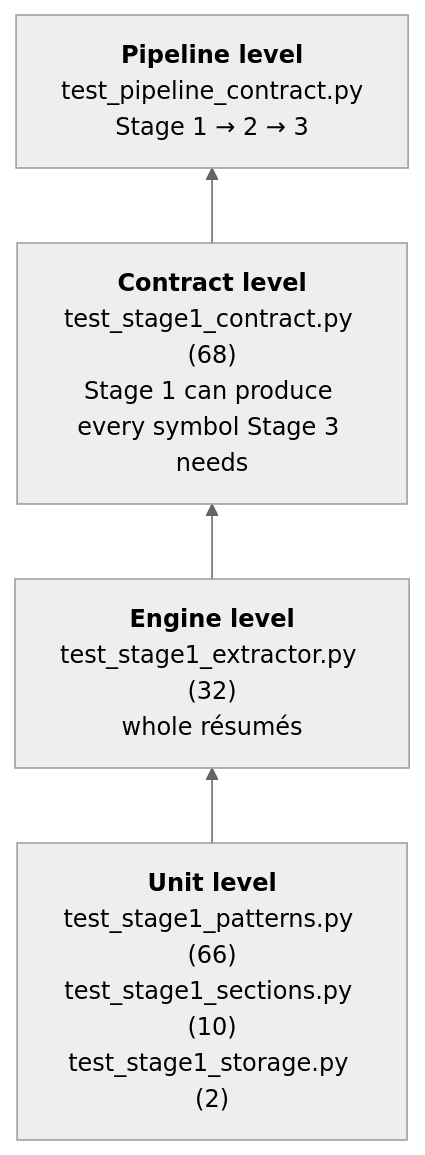
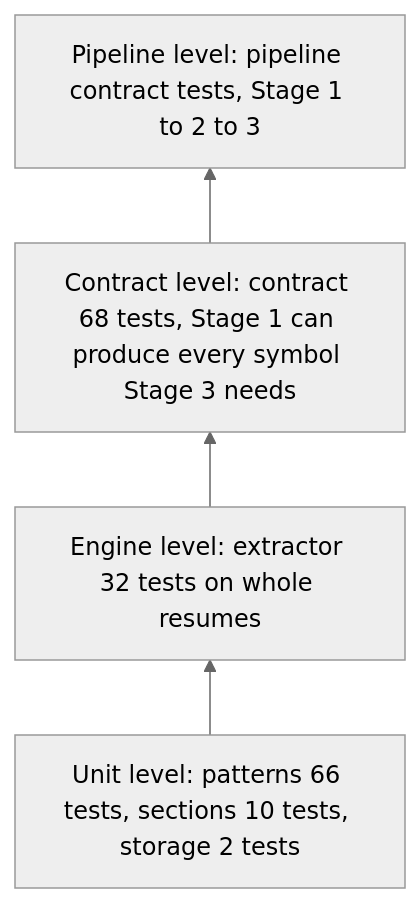
One commit to JuanJoe-18/DiscreteIII-Integrative-Task-VictorTeam changed diagram 39 of 39 in docs/stage1_regex.md. Above: the diagram before and after it, drawn with Mermaid (neutral theme). The commit also changed other lines of this file, not shown here.

Commit message:
fix: stage1_regex.md updated

````diff
--- a/docs/stage1_regex.md
+++ b/docs/stage1_regex.md
@@ -3187,8 +3188,10 @@
 ```mermaid
 flowchart BT
-    U["<b>Unit level</b><br/>test_stage1_patterns.py (66)<br/>test_stage1_sections.py (10)<br/>test_stage1_storage.py (2)"]
-    E["<b>Engine level</b><br/>test_stage1_extractor.py (32)<br/>whole résumés"]
-    C["<b>Contract level</b><br/>test_stage1_contract.py (68)<br/>Stage 1 can produce every symbol Stage 3 needs"]
-    P["<b>Pipeline level</b><br/>test_pipeline_contract.py<br/>Stage 1 → 2 → 3"]
-    U --> E --> C --> P
+    U["Unit level: patterns 66 tests, sections 10 tests, storage 2 tests"]
+    E["Engine level: extractor 32 tests on whole resumes"]
+    C["Contract level: contract 68 tests, Stage 1 can produce every symbol Stage 3 needs"]
+    P["Pipeline level: pipeline contract tests, Stage 1 to 2 to 3"]
+    U --> E
+    E --> C
+    C --> P
 ```
````
